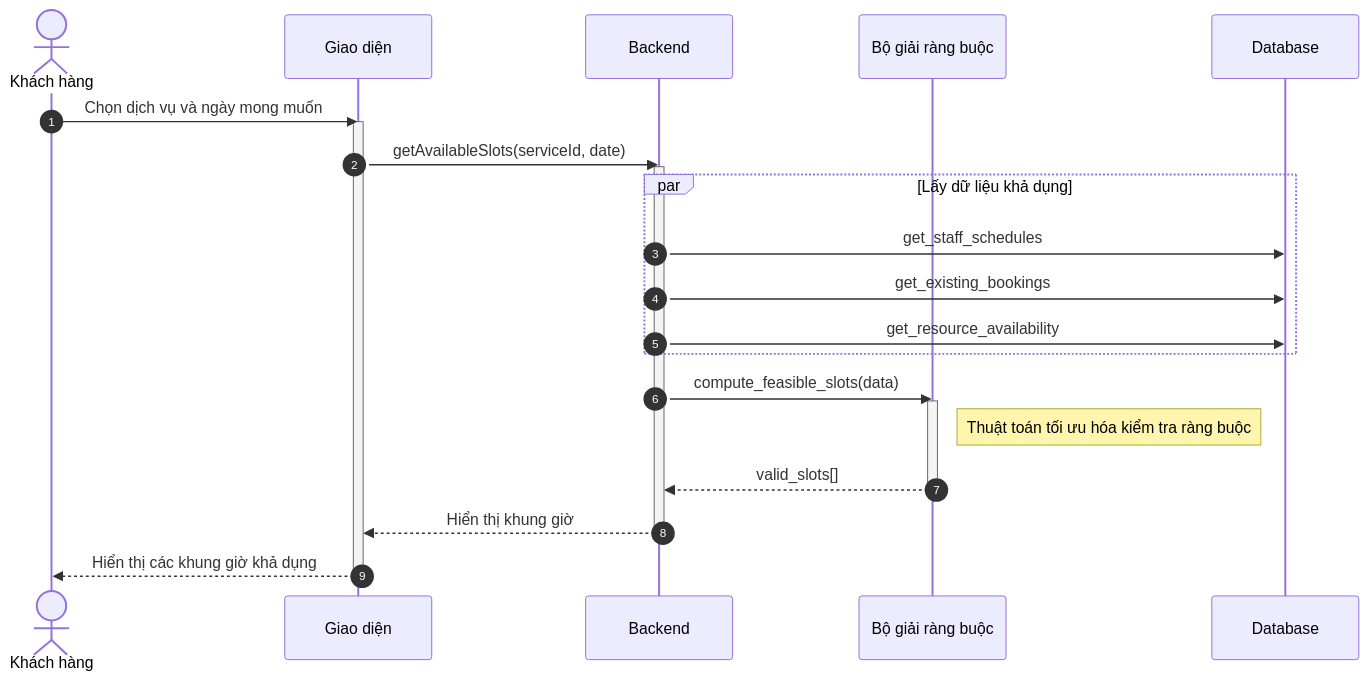
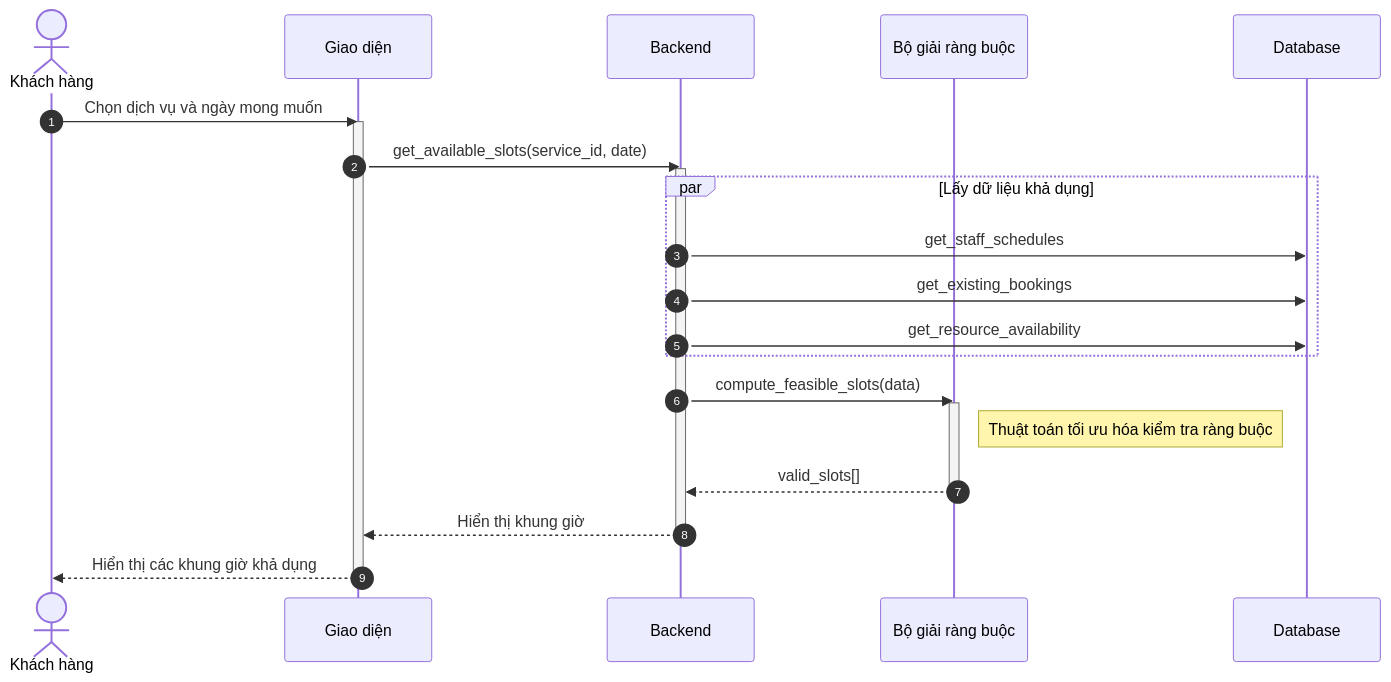
The third of 10 diagrams in docs/design/sequences/customer_flows.md (ngoctinn/Synapse), drawn with Mermaid before and after one commit. The commit also changed other lines of this file and 4 other files, not shown here.

Commit message:
docs: Add activity and sequence diagrams for authentication, customer, receptionist, and technician flows.

````diff
--- a/docs/design/sequences/customer_flows.md
+++ b/docs/design/sequences/customer_flows.md
@@ -84,32 +84,32 @@
 ```mermaid
 sequenceDiagram
     autonumber
     actor KH as Khách hàng
     participant UI as Giao diện
     participant BE as Backend
     participant SOLVER as Bộ giải ràng buộc
     participant DB as Database
 
     KH->>UI: Chọn dịch vụ và ngày mong muốn
     activate UI
-    UI->>BE: getAvailableSlots(serviceId, date)
+    UI->>BE: get_available_slots(service_id, date)
     activate BE
 
     par Lấy dữ liệu khả dụng
         BE->>DB: get_staff_schedules
         BE->>DB: get_existing_bookings
         BE->>DB: get_resource_availability
     end
 
     BE->>SOLVER: compute_feasible_slots(data)
     activate SOLVER
     note right of SOLVER: Thuật toán tối ưu hóa kiểm tra ràng buộc
     SOLVER-->>BE: valid_slots[]
     deactivate SOLVER
 
     BE-->>UI: Hiển thị khung giờ
     deactivate BE
 
     UI-->>KH: Hiển thị các khung giờ khả dụng
     deactivate UI
 ```
````
